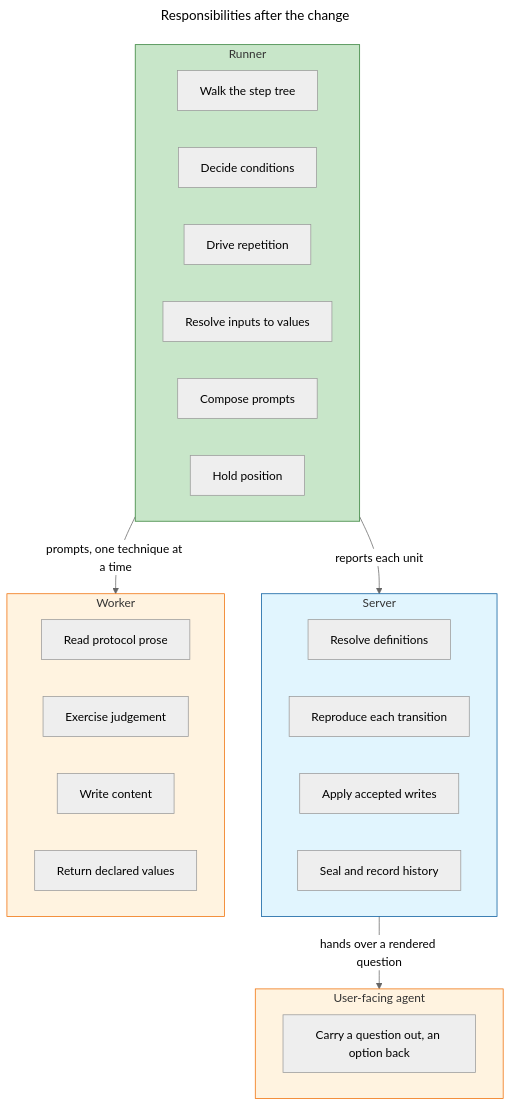
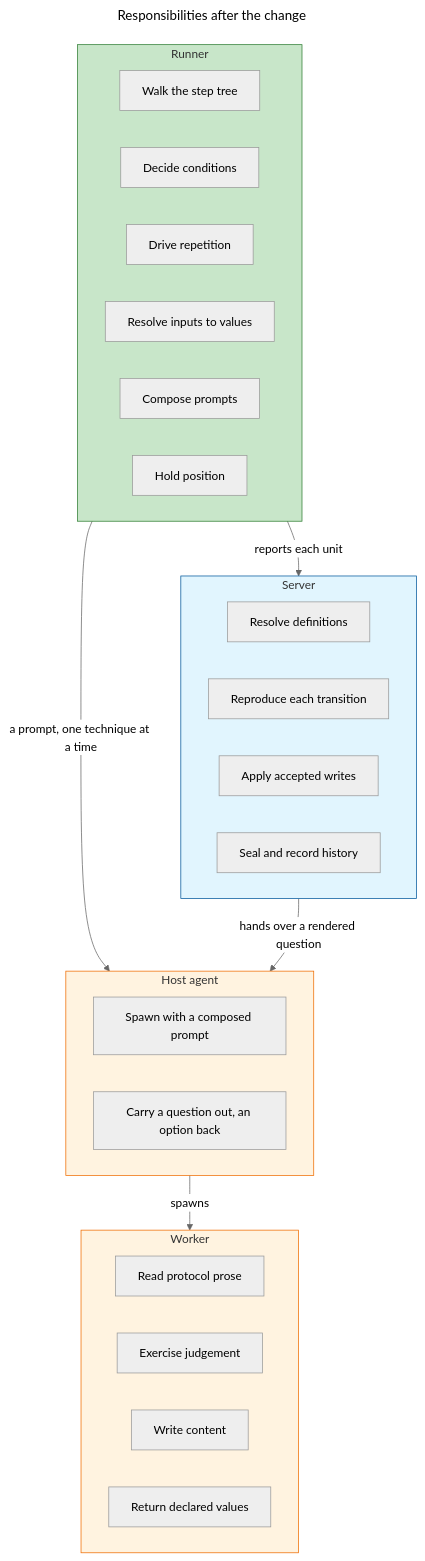
One commit to m2ux/workflow-server changed the fifth of 15 diagrams in artifacts/planning/2026-08-28-runner-execution-protocol/README.md. Above: the diagram before and after it, drawn with Mermaid (neutral theme). The commit also changed other lines of this file, not shown here.

````diff
--- a/artifacts/planning/2026-08-28-runner-execution-protocol/README.md
+++ b/artifacts/planning/2026-08-28-runner-execution-protocol/README.md
@@ -277,41 +309,43 @@
 ```mermaid
 ---
 title: Responsibilities after the change
 ---
 flowchart TB
     subgraph R [Runner]
         R1[Walk the step tree]
         R2[Decide conditions]
         R3[Drive repetition]
         R4[Resolve inputs to values]
         R5[Compose prompts]
         R6[Hold position]
     end
 
     subgraph S [Server]
         S1[Resolve definitions]
         S2[Reproduce each transition]
         S3[Apply accepted writes]
         S4[Seal and record history]
     end
 
     subgraph A [Worker]
         A1[Read protocol prose]
         A2[Exercise judgement]
         A3[Write content]
         A4[Return declared values]
     end
 
-    subgraph F [User-facing agent]
-        F1[Carry a question out, an option back]
+    subgraph F [Host agent]
+        F1[Spawn with a composed prompt]
+        F2[Carry a question out, an option back]
     end
 
     R -->|reports each unit| S
-    R -->|prompts, one technique at a time| A
+    R -->|a prompt, one technique at a time| F
+    F -->|spawns| A
     S -->|hands over a rendered question| F
 
     style R fill:#c8e6c9,stroke:#2e7d32
     style S fill:#e1f5fe,stroke:#01579b
     style A fill:#fff3e0,stroke:#ef6c00
     style F fill:#fff3e0,stroke:#ef6c00
 ```
````
